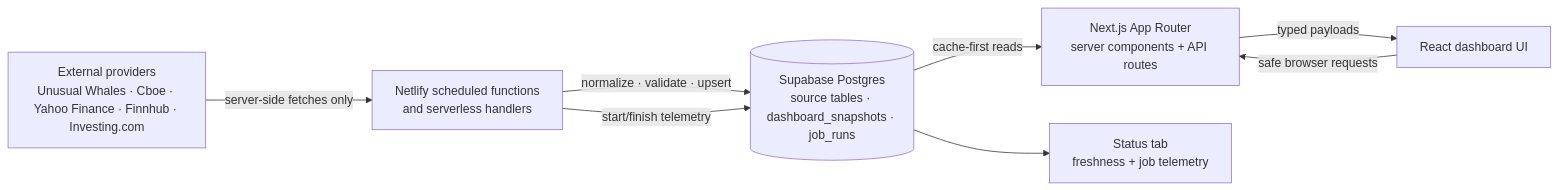
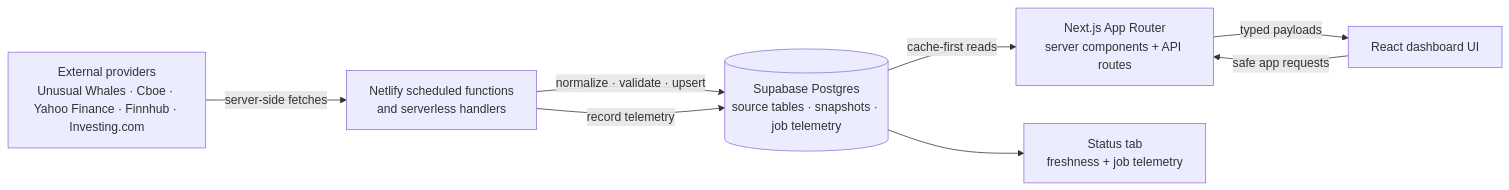
One commit to ryna6/AlphaDigest changed the diagram in README.md. Above: the diagram before and after it, drawn with Mermaid. The commit also changed other lines of this file and 4 other files, not shown here.

````diff
--- a/README.md
+++ b/README.md
@@ -13,17 +13,17 @@
 ```mermaid
 flowchart LR
   Providers[External providers\nUnusual Whales · Cboe · Yahoo Finance · Finnhub · Investing.com]
   Functions[Netlify scheduled functions\nand serverless handlers]
-  Supabase[(Supabase Postgres\nsource tables · dashboard_snapshots · job_runs)]
+  Supabase[(Supabase Postgres\nsource tables · snapshots · job telemetry)]
   API[Next.js App Router\nserver components + API routes]
   UI[React dashboard UI]
   Status[Status tab\nfreshness + job telemetry]
 
-  Providers -->|server-side fetches only| Functions
+  Providers -->|server-side fetches| Functions
   Functions -->|normalize · validate · upsert| Supabase
+  Functions -->|record telemetry| Supabase
   Supabase -->|cache-first reads| API
   API -->|typed payloads| UI
-  Functions -->|start/finish telemetry| Supabase
   Supabase --> Status
-  UI -->|safe browser requests| API
+  UI -->|safe app requests| API
 ```
````
